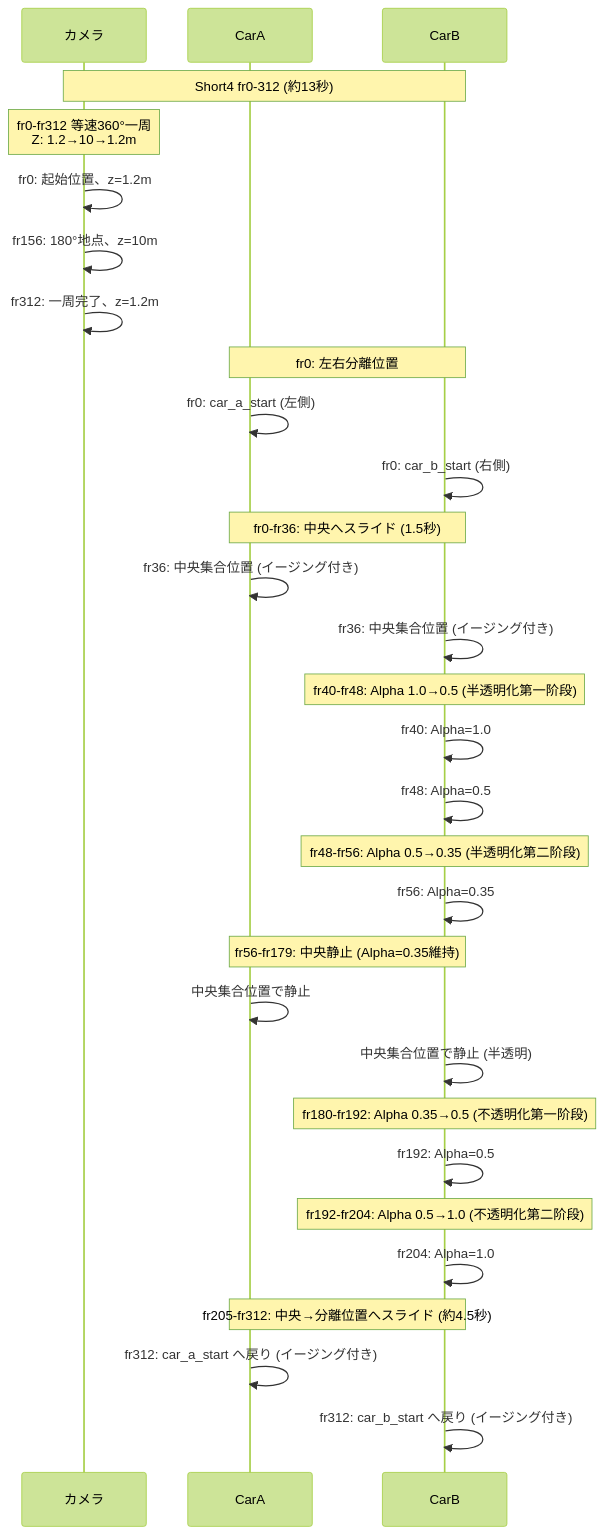
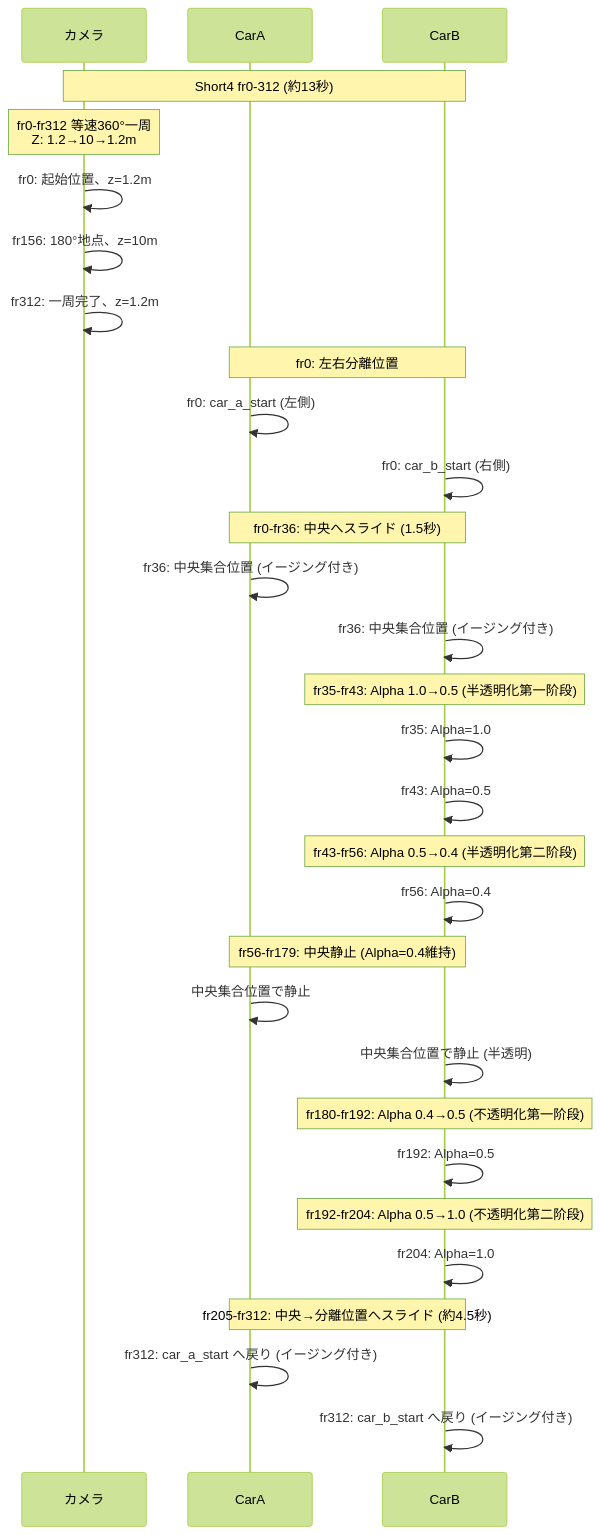
The diagram in plans/short4の仕様.md (yookx450f/blender-vs-code), drawn with Mermaid (forest theme) before and after one commit. The commit also changed other lines of this file and 16 other files, not shown here.

````diff
--- a/plans/short4の仕様.md
+++ b/plans/short4の仕様.md
@@ -106,42 +106,42 @@
 ```mermaid
 sequenceDiagram
     participant カメラ
     participant CarA
     participant CarB
 
     Note over カメラ,CarB: Short4 fr0-312 (約13秒)
     
     Note over カメラ: fr0-fr312 等速360°一周<br/>Z: 1.2→10→1.2m
     カメラ->>カメラ: fr0: 起始位置、z=1.2m
     カメラ->>カメラ: fr156: 180°地点、z=10m
     カメラ->>カメラ: fr312: 一周完了、z=1.2m
 
     Note over CarA,CarB: fr0: 左右分離位置
     CarA->>CarA: fr0: car_a_start (左側)
     CarB->>CarB: fr0: car_b_start (右側)
 
     Note over CarA,CarB: fr0-fr36: 中央へスライド (1.5秒)
     CarA->>CarA: fr36: 中央集合位置 (イージング付き)
     CarB->>CarB: fr36: 中央集合位置 (イージング付き)
 
-    Note over CarB: fr40-fr48: Alpha 1.0→0.5 (半透明化第一阶段)
-    CarB->>CarB: fr40: Alpha=1.0
-    CarB->>CarB: fr48: Alpha=0.5
+    Note over CarB: fr35-fr43: Alpha 1.0→0.5 (半透明化第一阶段)
+    CarB->>CarB: fr35: Alpha=1.0
+    CarB->>CarB: fr43: Alpha=0.5
 
-    Note over CarB: fr48-fr56: Alpha 0.5→0.35 (半透明化第二阶段)
-    CarB->>CarB: fr56: Alpha=0.35
+    Note over CarB: fr43-fr56: Alpha 0.5→0.4 (半透明化第二阶段)
+    CarB->>CarB: fr56: Alpha=0.4
 
-    Note over CarA,CarB: fr56-fr179: 中央静止 (Alpha=0.35維持)
+    Note over CarA,CarB: fr56-fr179: 中央静止 (Alpha=0.4維持)
     CarA->>CarA: 中央集合位置で静止
     CarB->>CarB: 中央集合位置で静止 (半透明)
 
-    Note over CarB: fr180-fr192: Alpha 0.35→0.5 (不透明化第一阶段)
+    Note over CarB: fr180-fr192: Alpha 0.4→0.5 (不透明化第一阶段)
     CarB->>CarB: fr192: Alpha=0.5
 
     Note over CarB: fr192-fr204: Alpha 0.5→1.0 (不透明化第二阶段)
     CarB->>CarB: fr204: Alpha=1.0
 
     Note over CarA,CarB: fr205-fr312: 中央→分離位置へスライド (約4.5秒)
     CarA->>CarA: fr312: car_a_start へ戻り (イージング付き)
     CarB->>CarB: fr312: car_b_start へ戻り (イージング付き)
 ```
````
